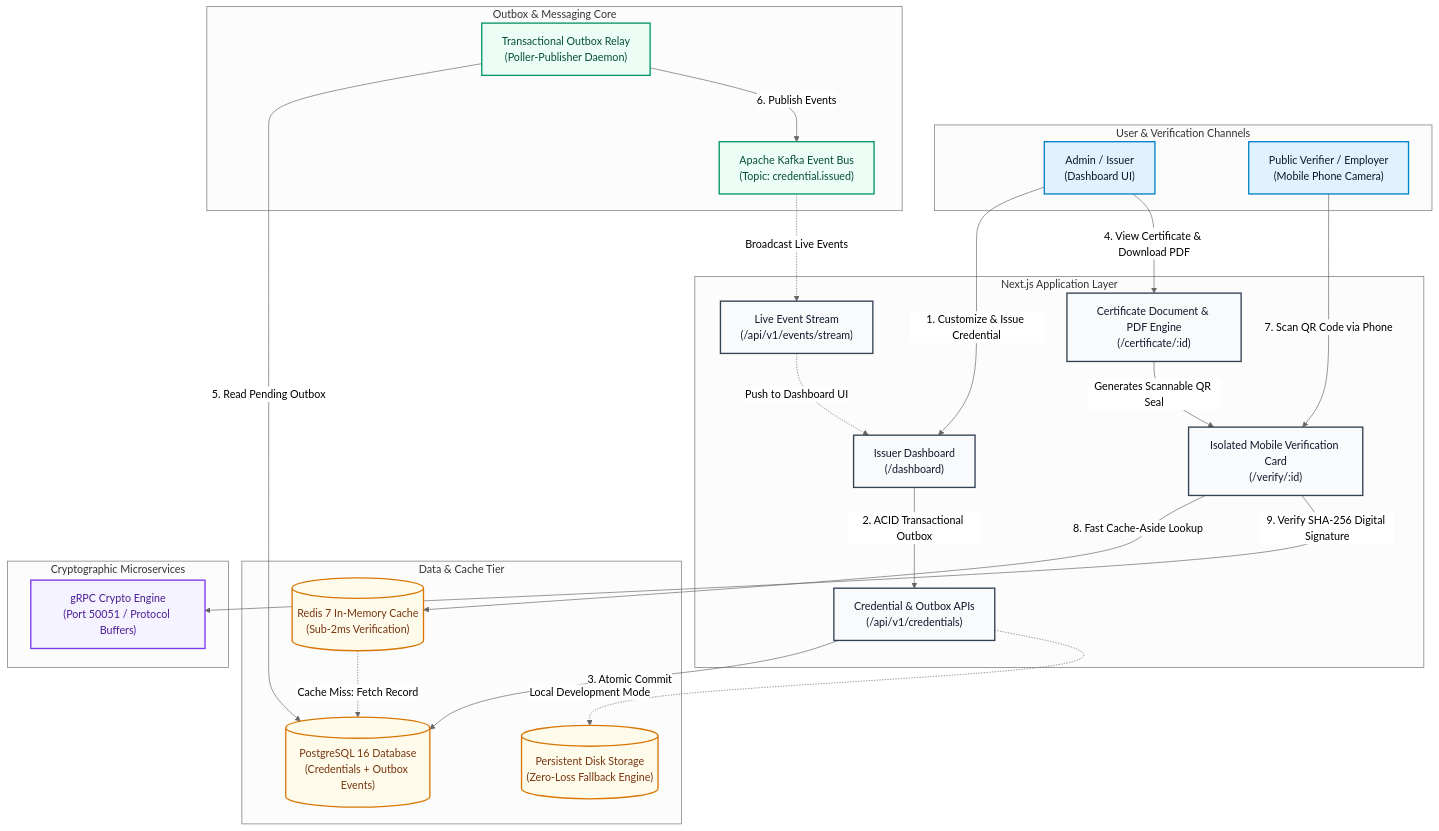
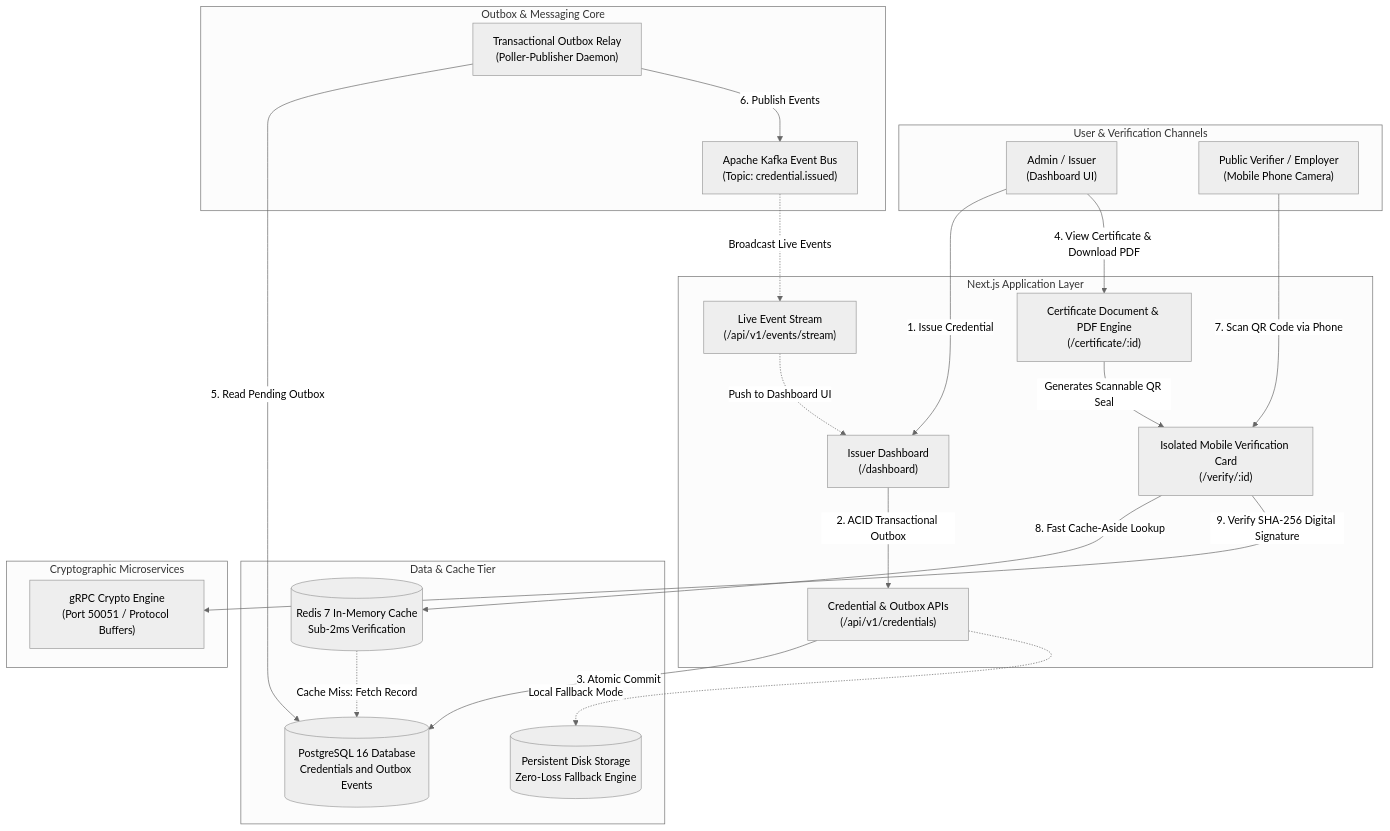
The diagram in README.md (mahaboobali1212/Trustseal-Digital-Credentials), drawn with Mermaid (neutral theme) before and after one commit.

Commit message:
fix(docs): resolve GitHub mermaid parsing errors by using br tags and clean syntax

````diff
--- a/README.md
+++ b/README.md
@@ -36,58 +36,49 @@
 ```mermaid
 flowchart TD
-    classDef client fill:#e0f2fe,stroke:#0284c7,stroke-width:2px,color:#0f172a;
-    classDef gateway fill:#f8fafc,stroke:#334155,stroke-width:2px,color:#0f172a;
-    classDef engine fill:#ecfdf5,stroke:#059669,stroke-width:2px,color:#064e3b;
-    classDef storage fill:#fffbeb,stroke:#d97706,stroke-width:2px,color:#78350f;
-    classDef micro fill:#f5f3ff,stroke:#7c3aed,stroke-width:2px,color:#4c1d95;
-
     subgraph Clients["User & Verification Channels"]
-        Issuer["Admin / Issuer\n(Dashboard UI)"]:::client
-        MobileUser["Public Verifier / Employer\n(Mobile Phone Camera)"]:::client
+        Issuer["Admin / Issuer<br/>(Dashboard UI)"]
+        MobileUser["Public Verifier / Employer<br/>(Mobile Phone Camera)"]
     end
 
     subgraph AppGateway["Next.js Application Layer"]
-        DashboardRoute["Issuer Dashboard\n(/dashboard)"]:::gateway
-        CertRoute["Certificate Document & PDF Engine\n(/certificate/:id)"]:::gateway
-        VerifyRoute["Isolated Mobile Verification Card\n(/verify/:id)"]:::gateway
-        RESTAPI["Credential & Outbox APIs\n(/api/v1/credentials)"]:::gateway
-        EventStream["Live Event Stream\n(/api/v1/events/stream)"]:::gateway
+        DashboardRoute["Issuer Dashboard<br/>(/dashboard)"]
+        CertRoute["Certificate Document & PDF Engine<br/>(/certificate/:id)"]
+        VerifyRoute["Isolated Mobile Verification Card<br/>(/verify/:id)"]
+        RESTAPI["Credential & Outbox APIs<br/>(/api/v1/credentials)"]
+        EventStream["Live Event Stream<br/>(/api/v1/events/stream)"]
     end
 
     subgraph CoreEngine["Outbox & Messaging Core"]
-        OutboxRelay["Transactional Outbox Relay\n(Poller-Publisher Daemon)"]:::engine
-        KafkaBroker["Apache Kafka Event Bus\n(Topic: credential.issued)"]:::engine
+        OutboxRelay["Transactional Outbox Relay<br/>(Poller-Publisher Daemon)"]
+        KafkaBroker["Apache Kafka Event Bus<br/>(Topic: credential.issued)"]
     end
 
     subgraph StorageLayer["Data & Cache Tier"]
-        PostgresDB[("PostgreSQL 16 Database\n(Credentials + Outbox Events)")]:::storage
-        RedisCache[("Redis 7 In-Memory Cache\n(Sub-2ms Verification)")]:::storage
-        LocalStore[("Persistent Disk Storage\n(Zero-Loss Fallback Engine)")]:::storage
+        PostgresDB[("PostgreSQL 16 Database<br/>Credentials and Outbox Events")]
+        RedisCache[("Redis 7 In-Memory Cache<br/>Sub-2ms Verification")]
+        LocalStore[("Persistent Disk Storage<br/>Zero-Loss Fallback Engine")]
     end
 
     subgraph SecurityTier["Cryptographic Microservices"]
-        gRPCService["gRPC Crypto Engine\n(Port 50051 / Protocol Buffers)"]:::micro
+        gRPCService["gRPC Crypto Engine<br/>(Port 50051 / Protocol Buffers)"]
     end
 
-    %% Issuer Flow
-    Issuer -->|1. Customize & Issue Credential| DashboardRoute
+    %% Flows
+    Issuer -->|1. Issue Credential| DashboardRoute
     DashboardRoute -->|2. ACID Transactional Outbox| RESTAPI
     RESTAPI -->|3. Atomic Commit| PostgresDB
-    RESTAPI -.->|Local Development Mode| LocalStore
+    RESTAPI -.->|Local Fallback Mode| LocalStore
 
-    %% Certificate & PDF Flow
     Issuer -->|4. View Certificate & Download PDF| CertRoute
     CertRoute -->|Generates Scannable QR Seal| VerifyRoute
 
-    %% Event Stream Flow
     OutboxRelay -->|5. Read Pending Outbox| PostgresDB
     OutboxRelay -->|6. Publish Events| KafkaBroker
     KafkaBroker -.->|Broadcast Live Events| EventStream
     EventStream -.->|Push to Dashboard UI| DashboardRoute
 
-    %% Mobile Verification Flow
     MobileUser -->|7. Scan QR Code via Phone| VerifyRoute
     VerifyRoute -->|8. Fast Cache-Aside Lookup| RedisCache
     RedisCache -.->|Cache Miss: Fetch Record| PostgresDB
     VerifyRoute -->|9. Verify SHA-256 Digital Signature| gRPCService
 ```
````
